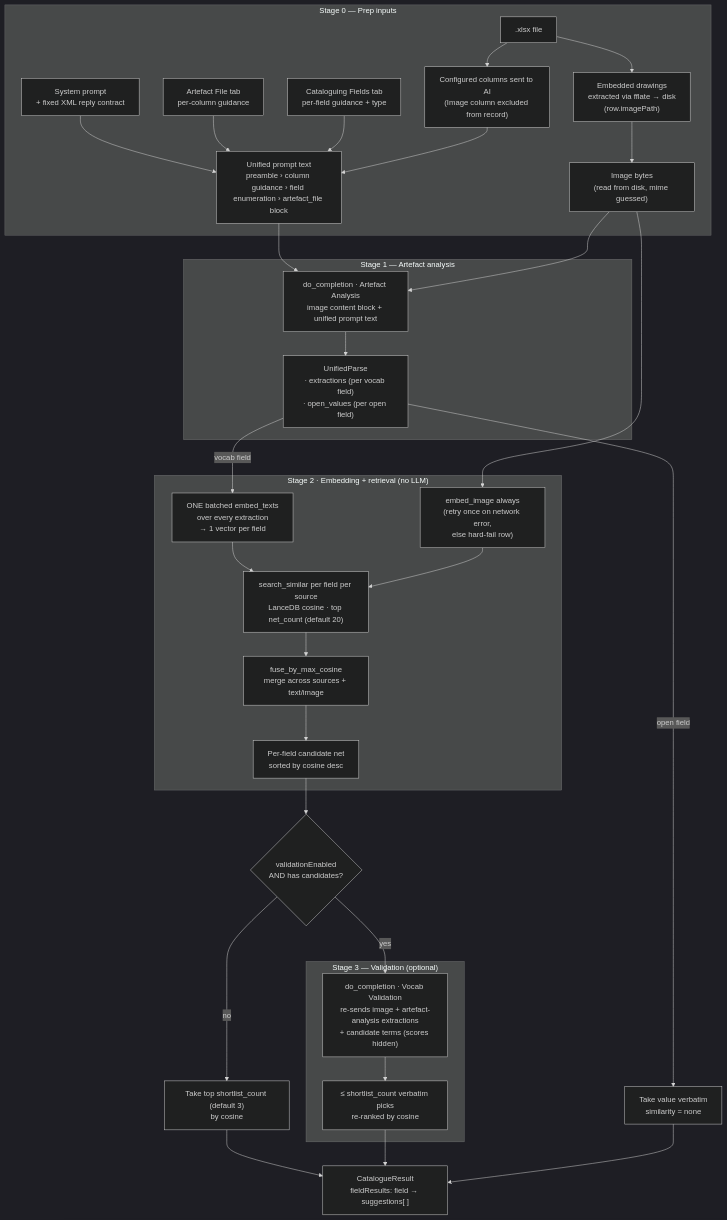
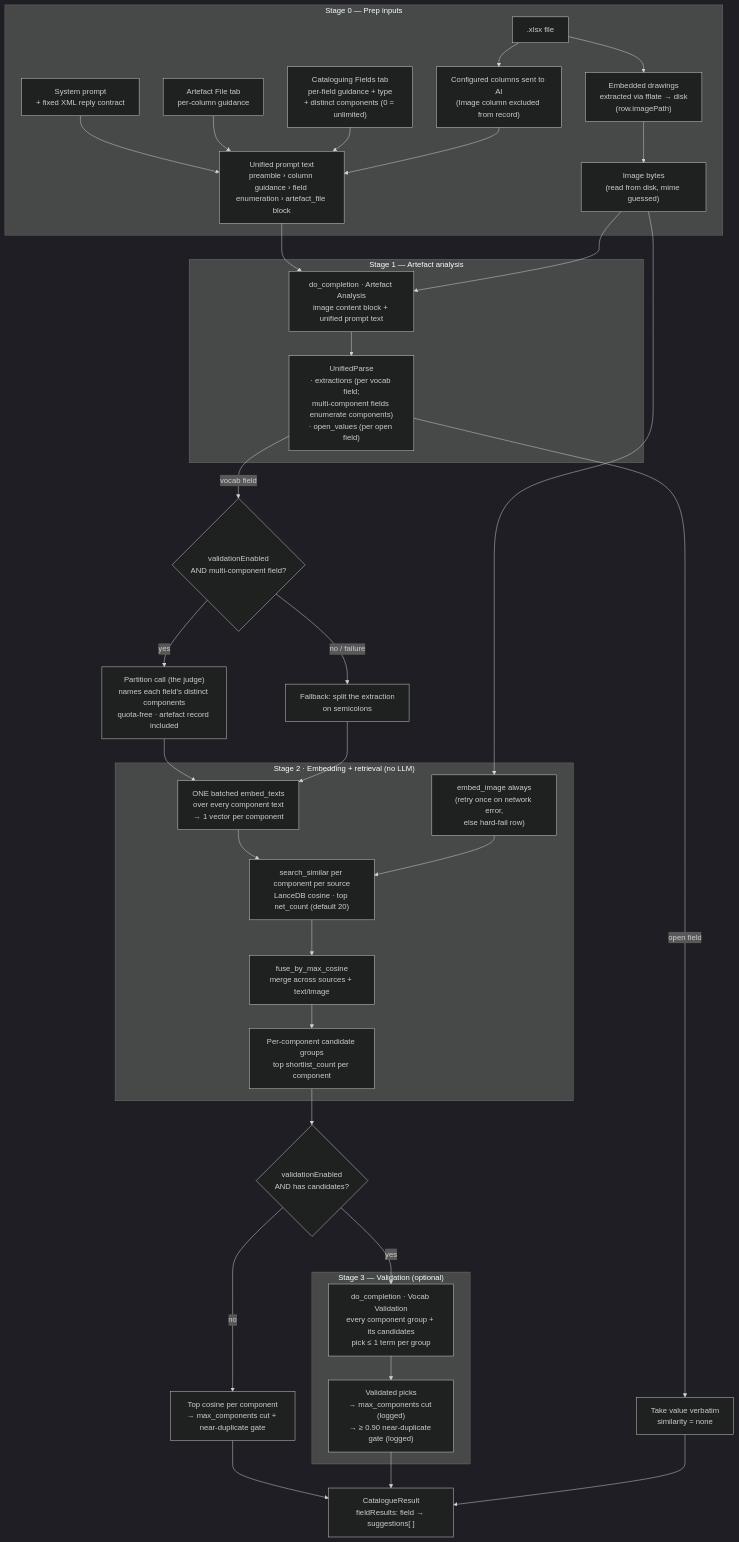
Before and after one commit to reverie89/artefact-cataloguer: the second of 2 diagrams in README.md, drawn with Mermaid (dark theme). The commit also changed other lines of this file and 18 other files, not shown here.

First line of the commit message:
feat: per-field distinct components with partition judge and per-component retrieval

````diff
--- a/README.md
+++ b/README.md
@@ -260,49 +260,54 @@
 ```mermaid
 flowchart TD
     subgraph PREP["Stage 0 — Prep inputs"]
         XLSX[".xlsx file"]
         XLSX --> IMG["Embedded drawings<br/>extracted via fflate → disk<br/>(row.imagePath)"]
         XLSX --> COLS["Configured columns sent to AI<br/>(Image column excluded from record)"]
         SP["System prompt<br/>+ fixed XML reply contract"]
         AF["Artefact File tab<br/>per-column guidance"]
-        CF["Cataloguing Fields tab<br/>per-field guidance + type"]
+        CF["Cataloguing Fields tab<br/>per-field guidance + type<br/>+ distinct components (0 = unlimited)"]
         SP --> PROMPT
         AF --> PROMPT
         CF --> PROMPT
         COLS --> PROMPT["Unified prompt text<br/>preamble › column guidance › field enumeration › artefact_file block"]
         IMG --> IMGDATA["Image bytes<br/>(read from disk, mime guessed)"]
     end
 
     PROMPT --> VISION
     IMGDATA --> VISION
     subgraph S1["Stage 1 — Artefact analysis"]
         VISION["do_completion · Artefact Analysis<br/>image content block + unified prompt text"]
-        VISION --> UP["UnifiedParse<br/>· extractions (per vocab field)<br/>· open_values (per open field)"]
+        VISION --> UP["UnifiedParse<br/>· extractions (per vocab field;<br/>multi-component fields enumerate components)<br/>· open_values (per open field)"]
     end
 
     UP -->|"open field"| OPENRES["Take value verbatim<br/>similarity = none"]
-    UP -->|"vocab field"| EMB
+    UP -->|"vocab field"| PARTDEC
+    PARTDEC{"validationEnabled<br/>AND multi-component field?"}
+    PARTDEC -->|"yes"| PART["Partition call (the judge)<br/>names each field's distinct components<br/>quota-free · artefact record included"]
+    PARTDEC -->|"no / failure"| SPLIT["Fallback: split the extraction<br/>on semicolons"]
+    PART --> EMB
+    SPLIT --> EMB
 
     subgraph S2["Stage 2 · Embedding + retrieval (no LLM)"]
-        EMB["ONE batched embed_texts<br/>over every extraction<br/>→ 1 vector per field"]
+        EMB["ONE batched embed_texts<br/>over every component text<br/>→ 1 vector per component"]
         IMGDATA --> IMGEMB["embed_image always<br/>(retry once on network error,<br/>else hard-fail row)"]
         EMB --> SEARCH
         IMGEMB --> SEARCH
-        SEARCH["search_similar per field per source<br/>LanceDB cosine · top net_count (default 20)"]
+        SEARCH["search_similar per component per source<br/>LanceDB cosine · top net_count (default 20)"]
         SEARCH --> FUSE["fuse_by_max_cosine<br/>merge across sources + text/image"]
-        FUSE --> NET["Per-field candidate net<br/>sorted by cosine desc"]
+        FUSE --> NET["Per-component candidate groups<br/>top shortlist_count per component"]
     end
 
     NET --> VALDEC{"validationEnabled<br/>AND has candidates?"}
-    VALDEC -->|"no"| DIRECT["Take top shortlist_count (default 3)<br/>by cosine"]
+    VALDEC -->|"no"| DIRECT["Top cosine per component<br/>→ max_components cut + near-duplicate gate"]
     VALDEC -->|"yes"| VALIDATE
     subgraph S3["Stage 3 — Validation (optional)"]
-        VALIDATE["do_completion · Vocab Validation<br/>re-sends image + artefact-analysis extractions<br/>+ candidate terms (scores hidden)"]
-        VALIDATE --> PICKS["≤ shortlist_count verbatim picks<br/>re-ranked by cosine"]
+        VALIDATE["do_completion · Vocab Validation<br/>every component group + its candidates<br/>pick ≤ 1 term per group"]
+        VALIDATE --> PICKS["Validated picks<br/>→ max_components cut (logged)<br/>→ ≥ 0.90 near-duplicate gate (logged)"]
     end
 
     DIRECT --> RESULT
     PICKS --> RESULT
     OPENRES --> RESULT
     RESULT["CatalogueResult<br/>fieldResults: field → suggestions[ ]"]
 ```
````
